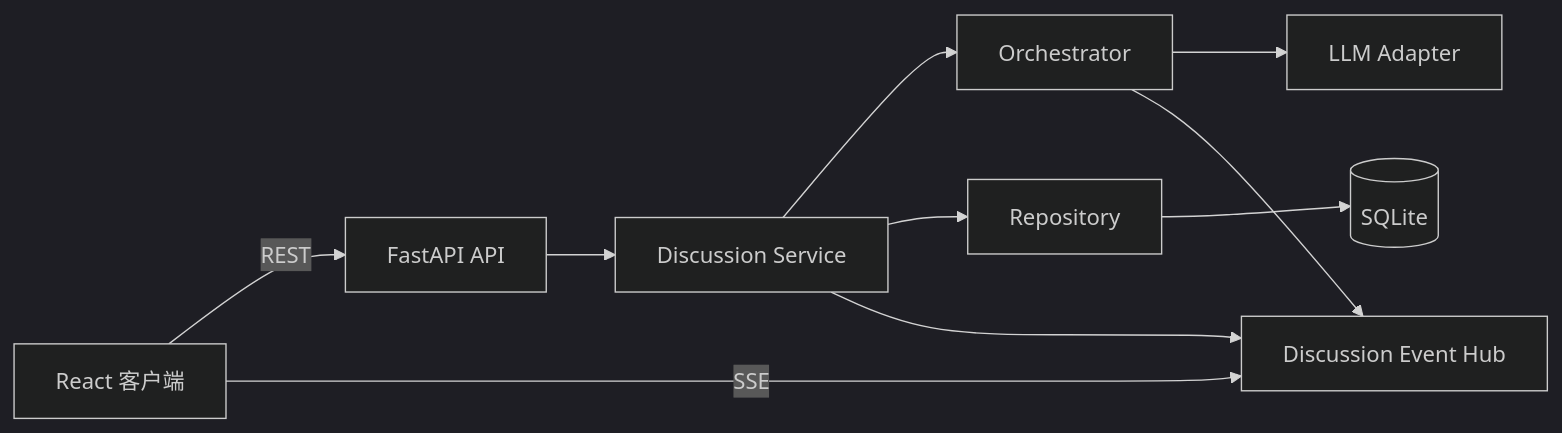
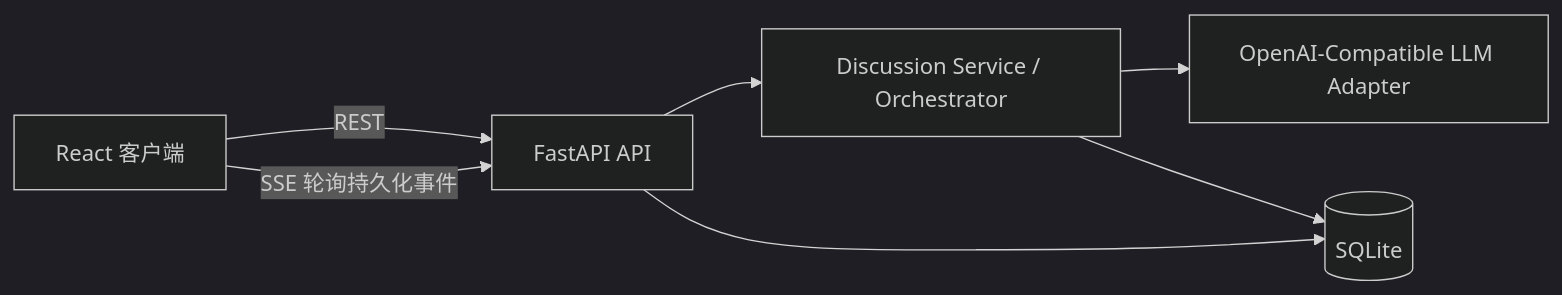
Before and after one commit to zhu310/ai-panel-studio: the first of 3 diagrams in docs/ARCHITECTURE.md, drawn with Mermaid (dark theme). The commit also changed other lines of this file and 9 other files, not shown here.

````diff
--- a/docs/ARCHITECTURE.md
+++ b/docs/ARCHITECTURE.md
@@ -7,10 +7,9 @@
 ```mermaid
 flowchart LR
 UI[React 客户端]--REST-->API[FastAPI API]
-UI--SSE-->HUB[Discussion Event Hub]
-API-->SVC[Discussion Service]-->ORCH[Orchestrator]
-ORCH-->LLM[LLM Adapter]
-SVC-->REPO[Repository]-->DB[(SQLite)]
-ORCH-->HUB
-SVC-->HUB
+UI--SSE 轮询持久化事件-->API
+API-->SVC[Discussion Service / Orchestrator]
+SVC-->LLM[OpenAI-Compatible LLM Adapter]
+API-->DB[(SQLite)]
+SVC-->DB
 ```
````
